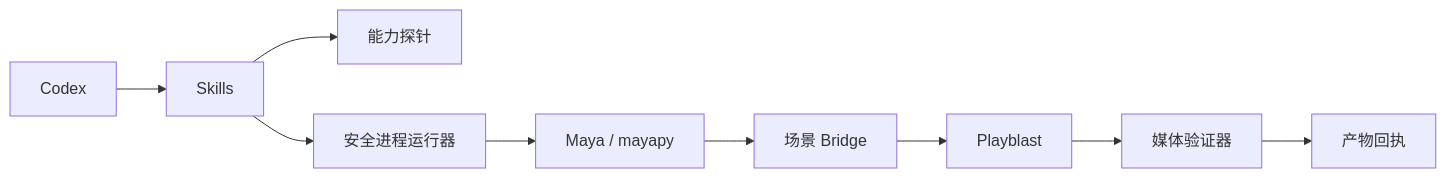
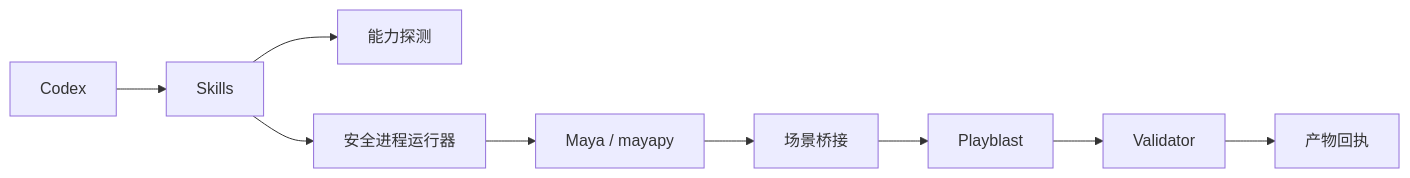
Before and after one commit to full-aigc-plugins/maya-design-plugin: the first of 2 diagrams in docs/Codex-Maya-Plugin-Architecture.zh_CN.md, drawn with Mermaid. The commit also changed other lines of this file and 3 other files, not shown here.

First line of the commit message:
docs: correct the architecture and solution status and structure

````diff
--- a/docs/Codex-Maya-Plugin-Architecture.zh_CN.md
+++ b/docs/Codex-Maya-Plugin-Architecture.zh_CN.md
@@ -11,11 +48,11 @@
 ```mermaid
 flowchart LR
     Codex --> Skills
-    Skills --> Probe[能力探针]
+    Skills --> Probe[能力探测]
     Skills --> Runner[安全进程运行器]
     Runner --> Maya[Maya / mayapy]
-    Maya --> Bridge[场景 Bridge]
+    Maya --> Bridge[场景桥接]
     Bridge --> Playblast
-    Playblast --> Validator[媒体验证器]
+    Playblast --> Validator
     Validator --> Receipt[产物回执]
 ```
````
